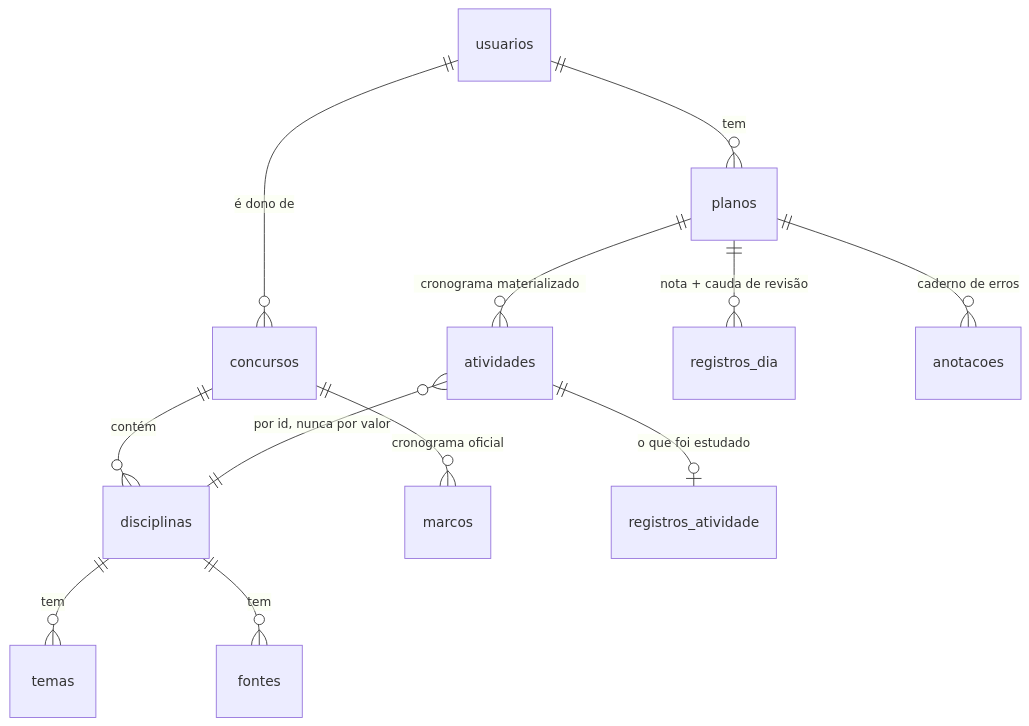
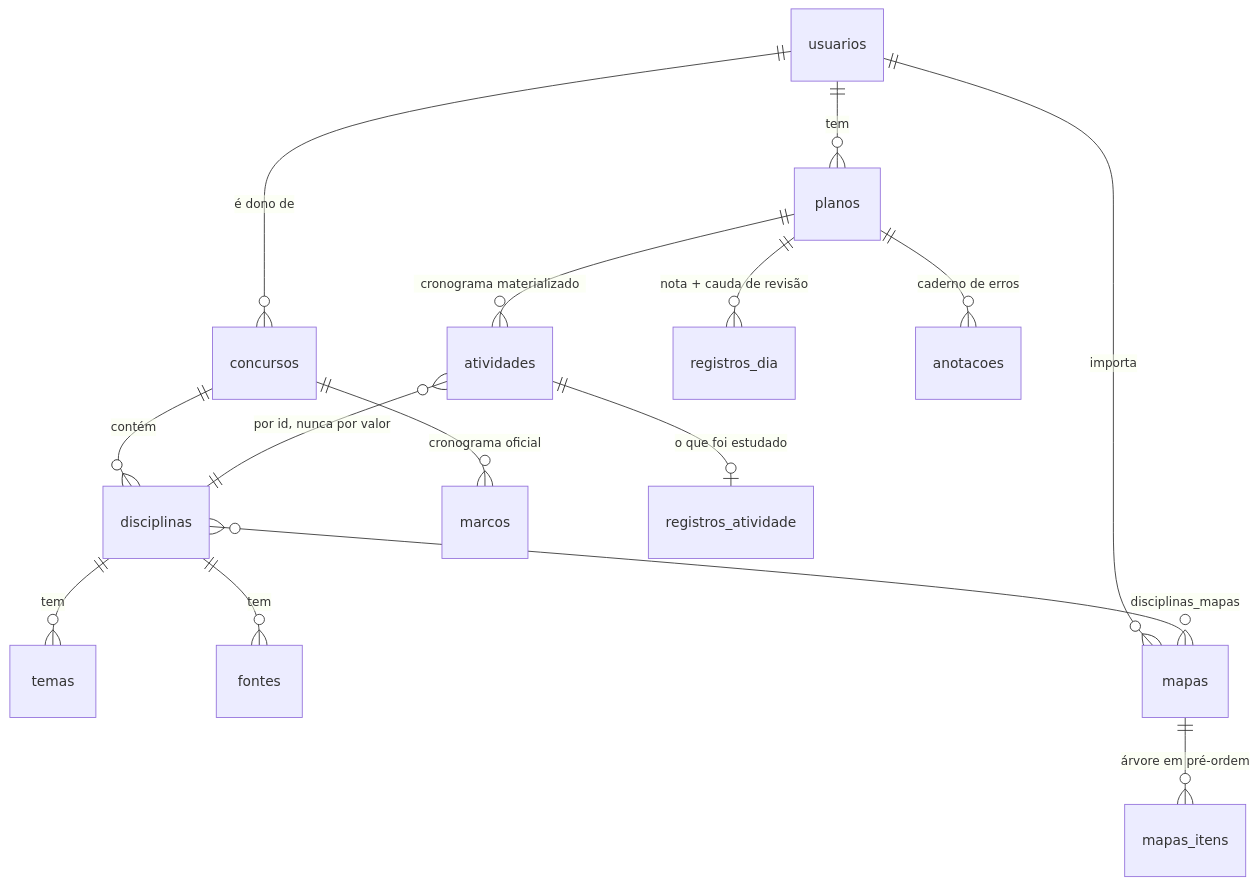
One commit to caetasousa/studygo changed the second of 2 diagrams in docs/arquitetura.md. Above: the diagram before and after it, drawn with Mermaid. The commit also changed other lines of this file and 38 other files, not shown here.

````diff
--- a/docs/arquitetura.md
+++ b/docs/arquitetura.md
@@ -106,14 +106,17 @@
 ```mermaid
 erDiagram
     usuarios  ||--o{ concursos : "é dono de"
     usuarios  ||--o{ planos : tem
     concursos ||--o{ disciplinas : contém
     disciplinas ||--o{ temas : tem
     disciplinas ||--o{ fontes : tem
     concursos ||--o{ marcos : "cronograma oficial"
     planos    ||--o{ atividades : "cronograma materializado"
     atividades ||--o| registros_atividade : "o que foi estudado"
     atividades }o--|| disciplinas : "por id, nunca por valor"
     planos    ||--o{ registros_dia : "nota + cauda de revisão"
     planos    ||--o{ anotacoes : "caderno de erros"
+    usuarios  ||--o{ mapas : "importa"
+    mapas     ||--o{ mapas_itens : "árvore em pré-ordem"
+    disciplinas }o--o{ mapas : "disciplinas_mapas"
 ```
````
